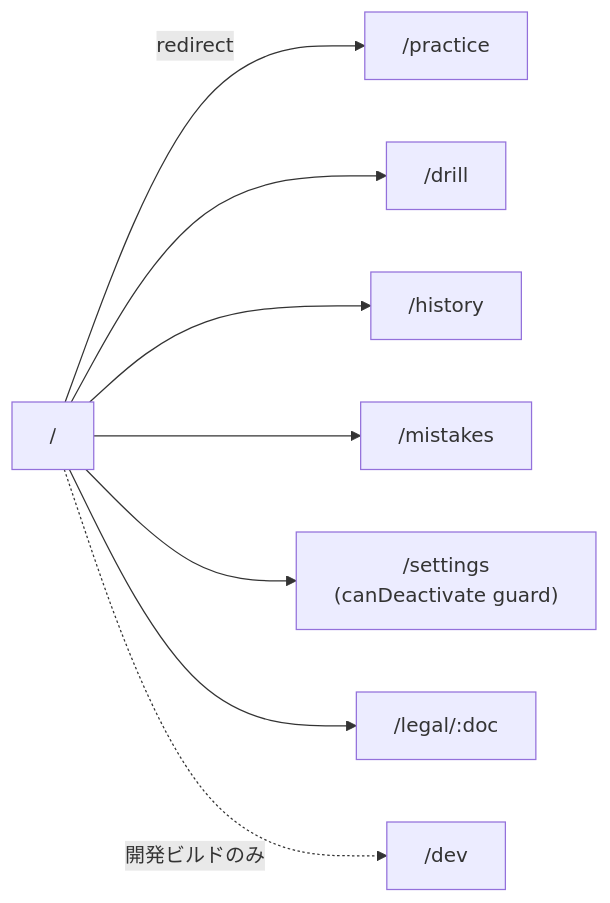
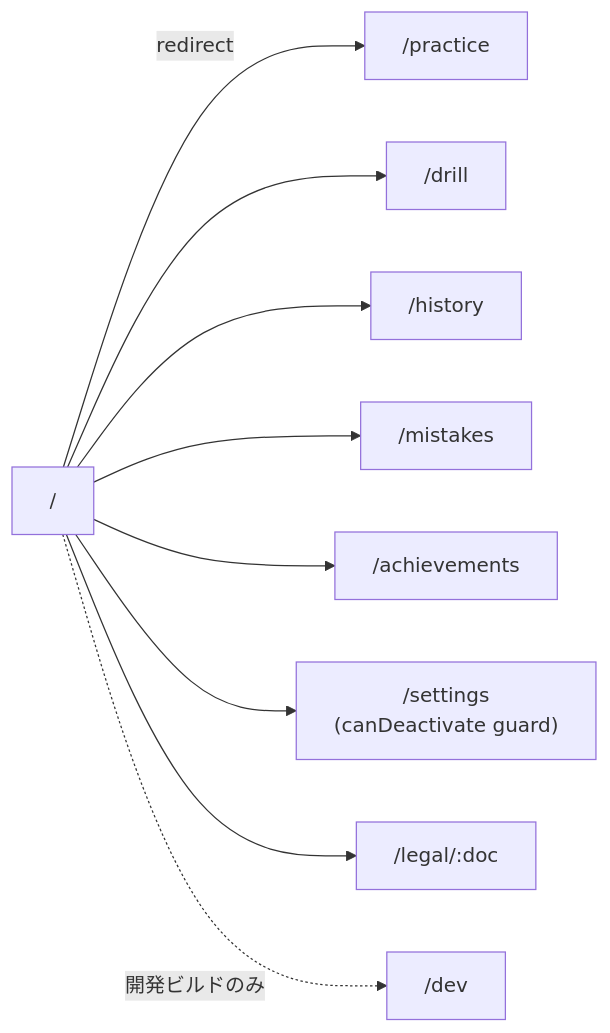
One commit to rmatsuo-jp/eibun-lab changed the ninth of 12 diagrams in ARCHITECTURE.md. Above: the diagram before and after it, drawn with Mermaid. The commit also changed other lines of this file and 47 other files, not shown here.

````diff
--- a/ARCHITECTURE.md
+++ b/ARCHITECTURE.md
@@ -335,10 +362,11 @@
 ```mermaid
 graph LR
     Root["/"] -->|redirect| Practice["/practice"]
     Root --> Drill["/drill"]
     Root --> History["/history"]
     Root --> Mistakes["/mistakes"]
+    Root --> Achievements["/achievements"]
     Root --> Settings["/settings\n(canDeactivate guard)"]
     Root --> Legal["/legal/:doc"]
     Root -.->|開発ビルドのみ| Dev["/dev"]
 ```
````
